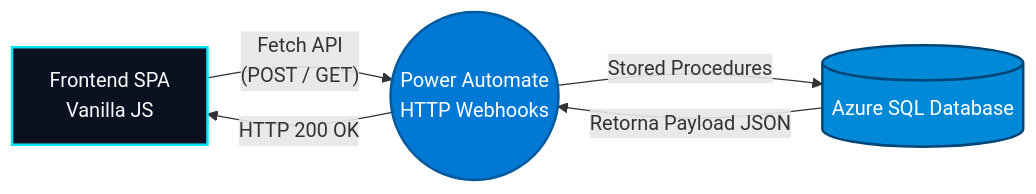
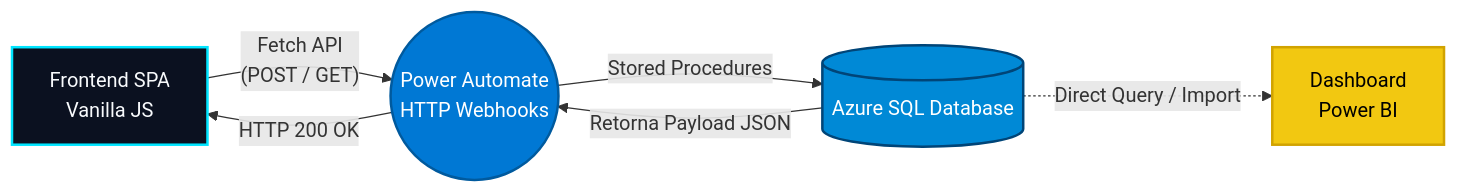
The diagram in README.md (GabrielVieiraDL/personal-job-tracker), drawn with Mermaid before and after one commit. The commit also changed other lines of this file and 1 other file, not shown here.

````diff
--- a/README.md
+++ b/README.md
@@ -37,11 +44,14 @@
 ```mermaid
 graph LR
     A[Frontend SPA<br>Vanilla JS] -- Fetch API<br>(POST / GET) --> B((Power Automate<br>HTTP Webhooks))
     B -- Stored Procedures --> C[(Azure SQL Database)]
     C -- Retorna Payload JSON --> B
     B -- HTTP 200 OK --> A
     
+    C -. Direct Query / Import .-> D[Dashboard<br>Power BI]
+    
     style A fill:#0B1120,stroke:#00E5FF,stroke-width:2px,color:#F8FAFC
     style B fill:#0078D4,stroke:#005A9E,stroke-width:2px,color:#FFFFFF
     style C fill:#0089D6,stroke:#004578,stroke-width:2px,color:#FFFFFF
+    style D fill:#F2C811,stroke:#D1A300,stroke-width:2px,color:#000000
 ```
````
